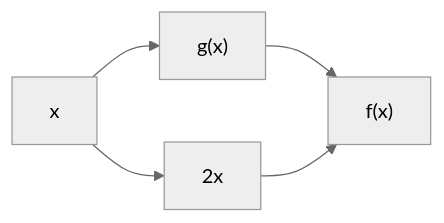
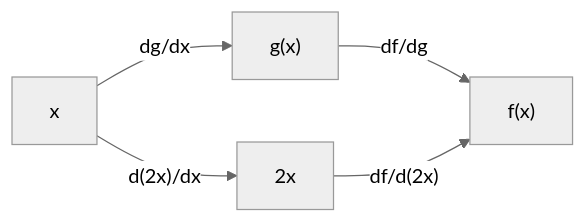
One commit to hazrmard/hazrmard.github.io changed the second of 4 diagrams in content/post/poor_mans_autograd/index.md. Above: the diagram before and after it, drawn with Mermaid (neutral theme). The commit also changed other lines of this file, not shown here.

````diff
--- a/content/post/poor_mans_autograd/index.md
+++ b/content/post/poor_mans_autograd/index.md
@@ -41,13 +70,13 @@
 ```mermaid
 graph LR
 
 x[x]
 g["g(x)"]
 f["f(x)"]
 two["2x"]
 
-x --> g
-g --> f
-x --> two
-two --> f
+x --"dg/dx"--> g
+g --"df/dg"--> f
+x --"d(2x)/dx"--> two
+two --"df/d(2x)"--> f
 ```
````
